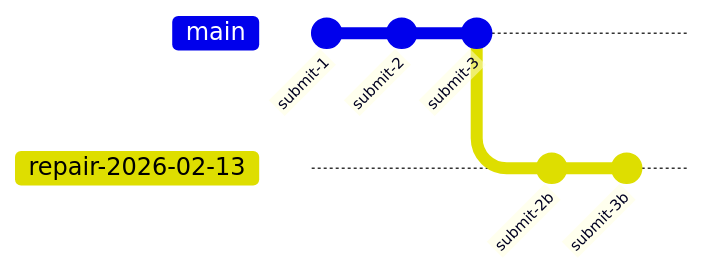
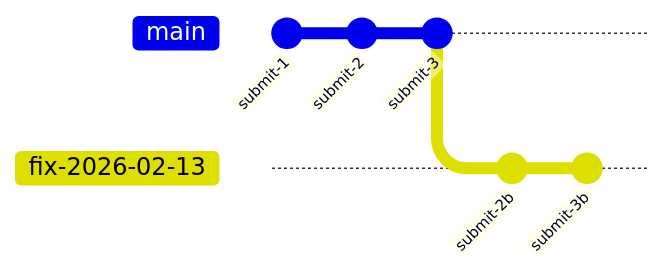
Before and after one commit to vlindercli/public-docs: the diagram in docs/content/explanation/timelines.md, drawn with Mermaid. The commit also changed other lines of this file, not shown here.

First line of the commit message:
Remove repair references from timelines explanation

````diff
--- a/docs/content/explanation/timelines.md
+++ b/docs/content/explanation/timelines.md
@@ -33,10 +33,10 @@
 ```mermaid
 gitGraph
     commit id: "submit-1"
     commit id: "submit-2"
     commit id: "submit-3"
-    branch repair-2026-02-13
-    checkout repair-2026-02-13
+    branch fix-2026-02-13
+    checkout fix-2026-02-13
     commit id: "submit-2b"
     commit id: "submit-3b"
 ```
````
